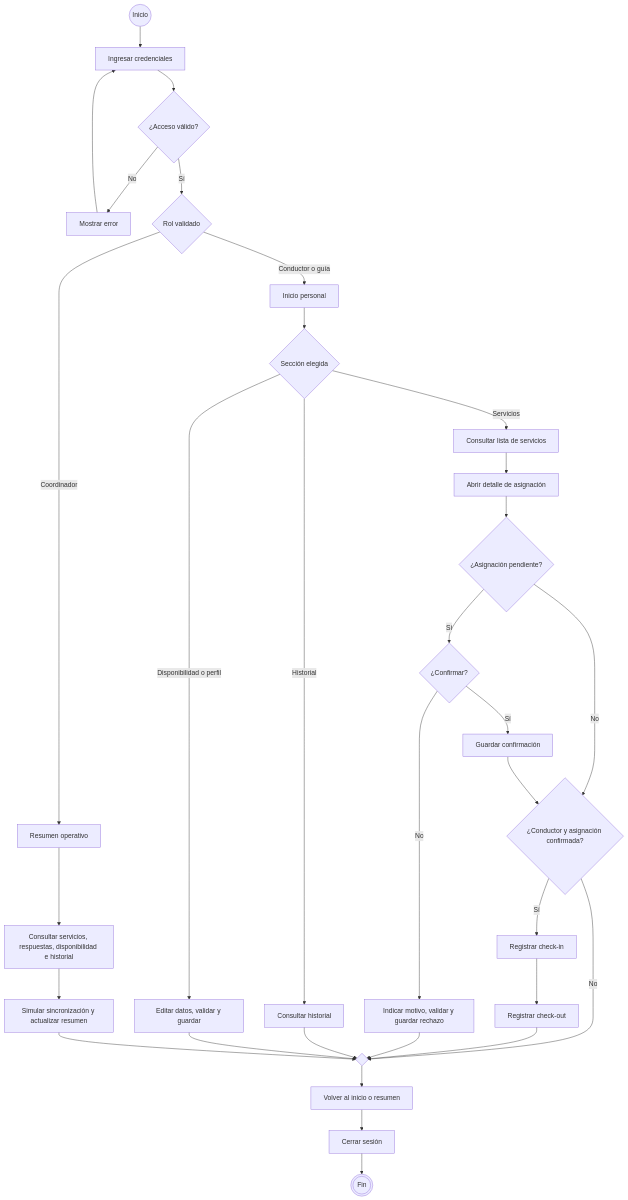
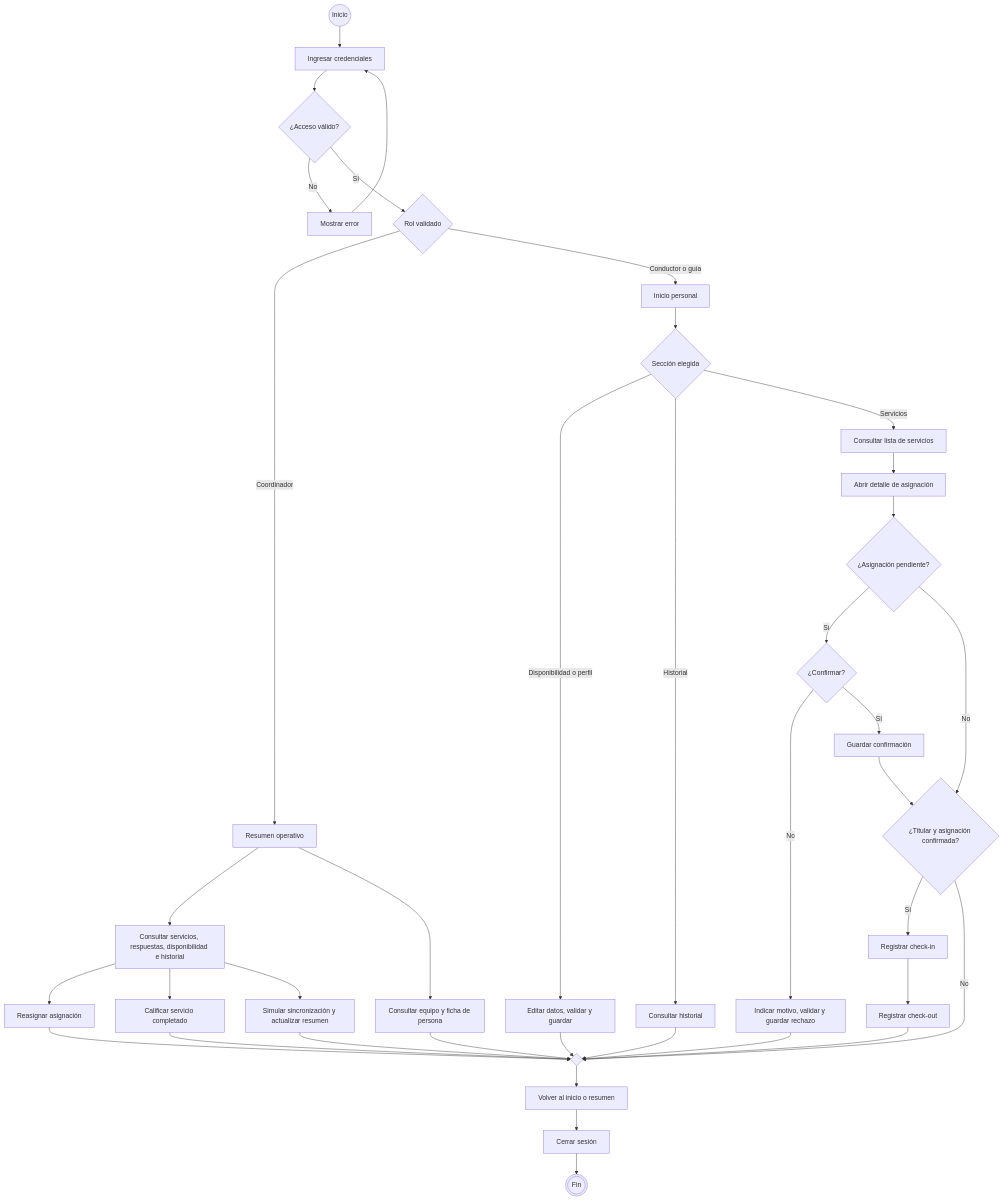
One commit to Lguille99/Proyecto-Lince changed the diagram in docs/diseno/flujo-usuario.mmd. Above: the diagram before and after it, drawn with Mermaid. The commit also changed 4 other files, not shown here.

```diff
--- a/docs/diseno/flujo-usuario.mmd
+++ b/docs/diseno/flujo-usuario.mmd
@@ -1,32 +1,38 @@
 flowchart TD
     A((Inicio)) --> B[Ingresar credenciales]
     B --> C{¿Acceso válido?}
     C -->|No| E[Mostrar error]
     E --> B
     C -->|Sí| R{Rol validado}
     R -->|Coordinador| CO[Resumen operativo]
     CO --> CR[Consultar servicios, respuestas, disponibilidad e historial]
+    CO --> EQ[Consultar equipo y ficha de persona]
+    CR --> RA[Reasignar asignación]
+    CR --> CA[Calificar servicio completado]
     CR --> CS[Simular sincronización y actualizar resumen]
     R -->|Conductor o guía| H[Inicio personal]
     H --> M{Sección elegida}
     M -->|Disponibilidad o perfil| ED[Editar datos, validar y guardar]
     M -->|Historial| HI[Consultar historial]
     M -->|Servicios| L[Consultar lista de servicios]
     L --> DT[Abrir detalle de asignación]
     DT --> P{¿Asignación pendiente?}
     P -->|Sí| Q{¿Confirmar?}
     Q -->|No| RE[Indicar motivo, validar y guardar rechazo]
     Q -->|Sí| OK[Guardar confirmación]
-    P -->|No| DR{¿Conductor y asignación confirmada?}
+    P -->|No| DR{¿Titular y asignación confirmada?}
     OK --> DR
     DR -->|Sí| IN[Registrar check-in]
     IN --> OUT[Registrar check-out]
     DR -->|No| MERGE{ }
     OUT --> MERGE
     RE --> MERGE
     HI --> MERGE
     ED --> MERGE
     CS --> MERGE
+    EQ --> MERGE
+    RA --> MERGE
+    CA --> MERGE
     MERGE --> RETURN[Volver al inicio o resumen]
     RETURN --> EXIT[Cerrar sesión]
     EXIT --> END(((Fin)))
```
